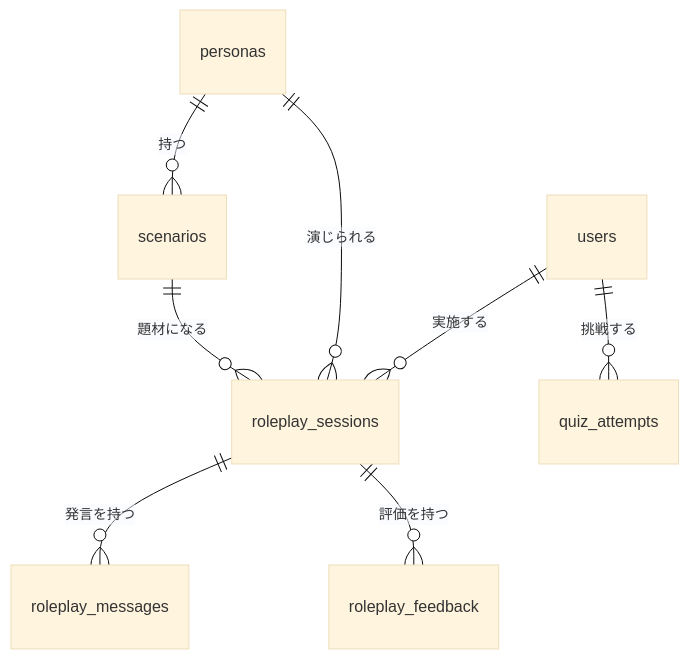
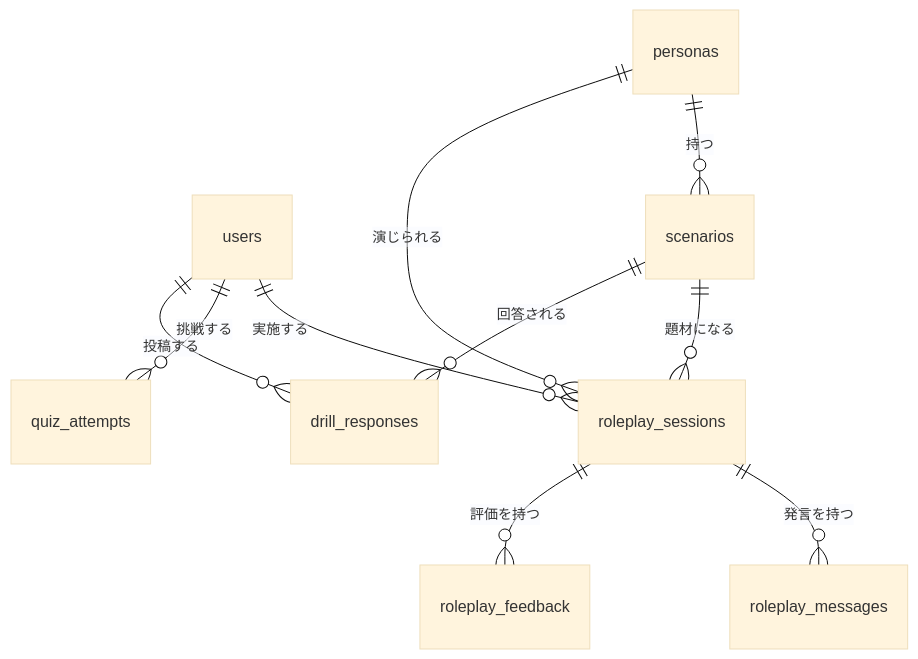
Before and after one commit to mai-san447/mentor-forge: the diagram in docs/specification.md, drawn with Mermaid (base theme). The commit also changed other lines of this file and 33 other files, not shown here.

````diff
--- a/docs/specification.md
+++ b/docs/specification.md
@@ -78,10 +82,12 @@
 ```mermaid
 erDiagram
     users ||--o{ roleplay_sessions : "実施する"
     users ||--o{ quiz_attempts : "挑戦する"
     personas ||--o{ scenarios : "持つ"
     personas ||--o{ roleplay_sessions : "演じられる"
     scenarios ||--o{ roleplay_sessions : "題材になる"
+    scenarios ||--o{ drill_responses : "回答される"
+    users ||--o{ drill_responses : "投稿する"
     roleplay_sessions ||--o{ roleplay_messages : "発言を持つ"
     roleplay_sessions ||--o{ roleplay_feedback : "評価を持つ"
 ```
````
